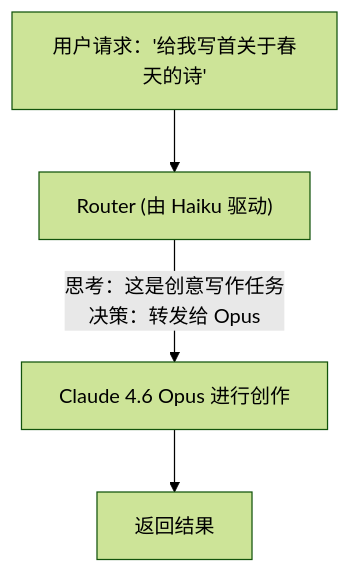
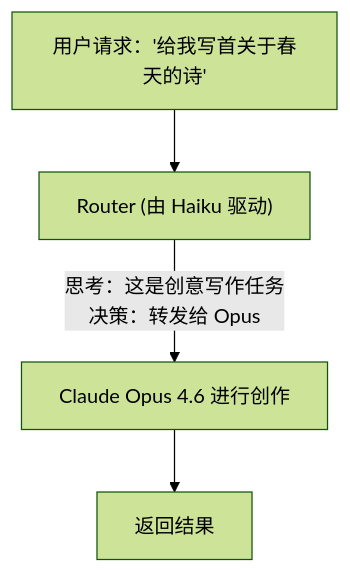
The second of 2 diagrams in 01_intro/1.4_model_selection.md (yeasy/claude_guide), drawn with Mermaid (forest theme) before and after one commit. The commit also changed other lines of this file and 14 other files, not shown here.

````diff
--- a/01_intro/1.4_model_selection.md
+++ b/01_intro/1.4_model_selection.md
@@ -92,6 +92,6 @@
 ```mermaid
 graph TD
     User["用户请求：'给我写首关于春天的诗'"] --> Router["Router (由 Haiku 驱动)"]
-    Router -- "思考：这是创意写作任务<br>决策：转发给 Opus" --> Worker["Claude 4.6 Opus 进行创作"]
+    Router -- "思考：这是创意写作任务<br>决策：转发给 Opus" --> Worker["Claude Opus 4.6 进行创作"]
     Worker --> Result["返回结果"]
 ```
````
